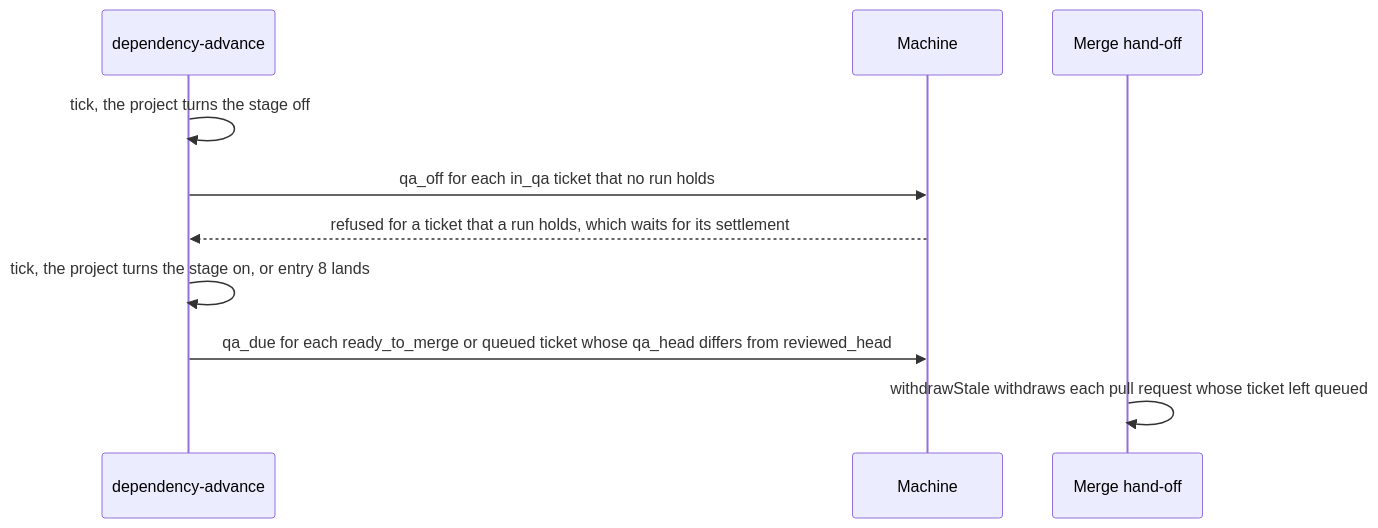
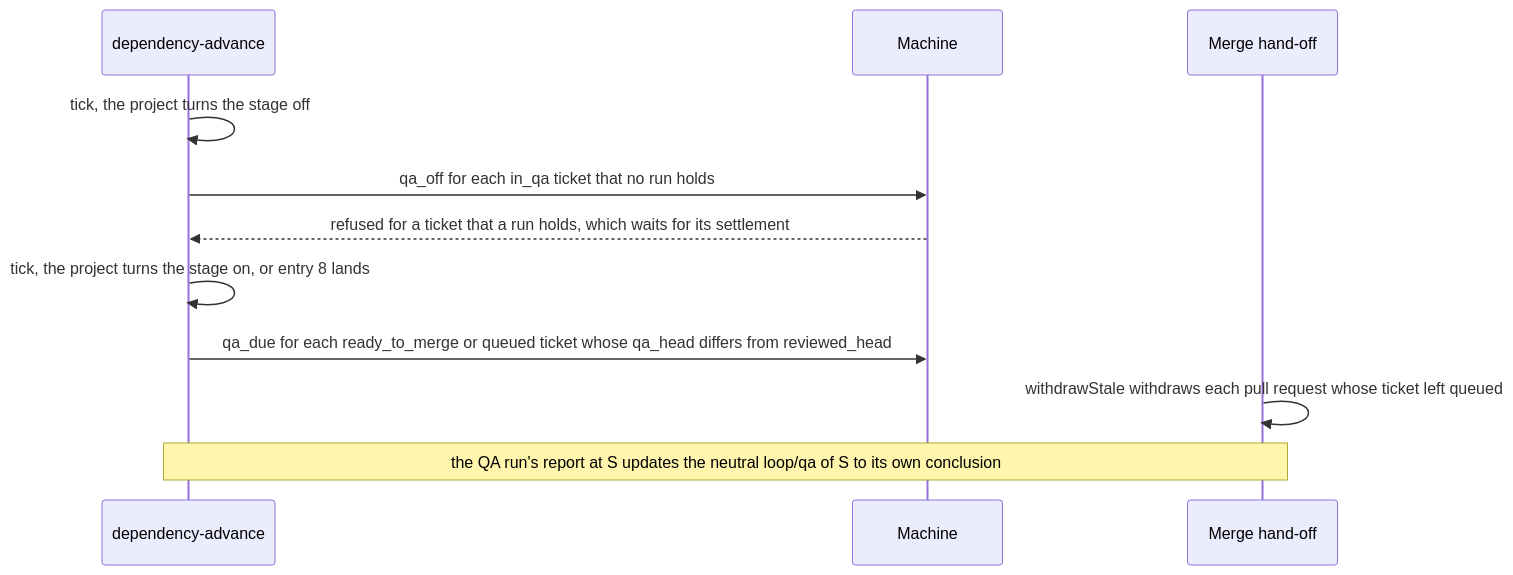
Before and after one commit to iantanwx/factory: the fifth of 5 diagrams in docs/plans/factorio-nhb5-qa-stage-spec.md, drawn with Mermaid. The commit also changed other lines of this file, not shown here.

First line of the commit message:
docs(spec): give each loop/qa post its own outbox key

````diff
--- a/docs/plans/factorio-nhb5-qa-stage-spec.md
+++ b/docs/plans/factorio-nhb5-qa-stage-spec.md
@@ -667,12 +724,13 @@
 ```mermaid
 sequenceDiagram
     participant D as dependency-advance
     participant M as Machine
     participant H as Merge hand-off
     D->>D: tick, the project turns the stage off
     D->>M: qa_off for each in_qa ticket that no run holds
     M-->>D: refused for a ticket that a run holds, which waits for its settlement
     D->>D: tick, the project turns the stage on, or entry 8 lands
     D->>M: qa_due for each ready_to_merge or queued ticket whose qa_head differs from reviewed_head
     H->>H: withdrawStale withdraws each pull request whose ticket left queued
+    Note over D,H: the QA run's report at S updates the neutral loop/qa of S to its own conclusion
 ```
````
